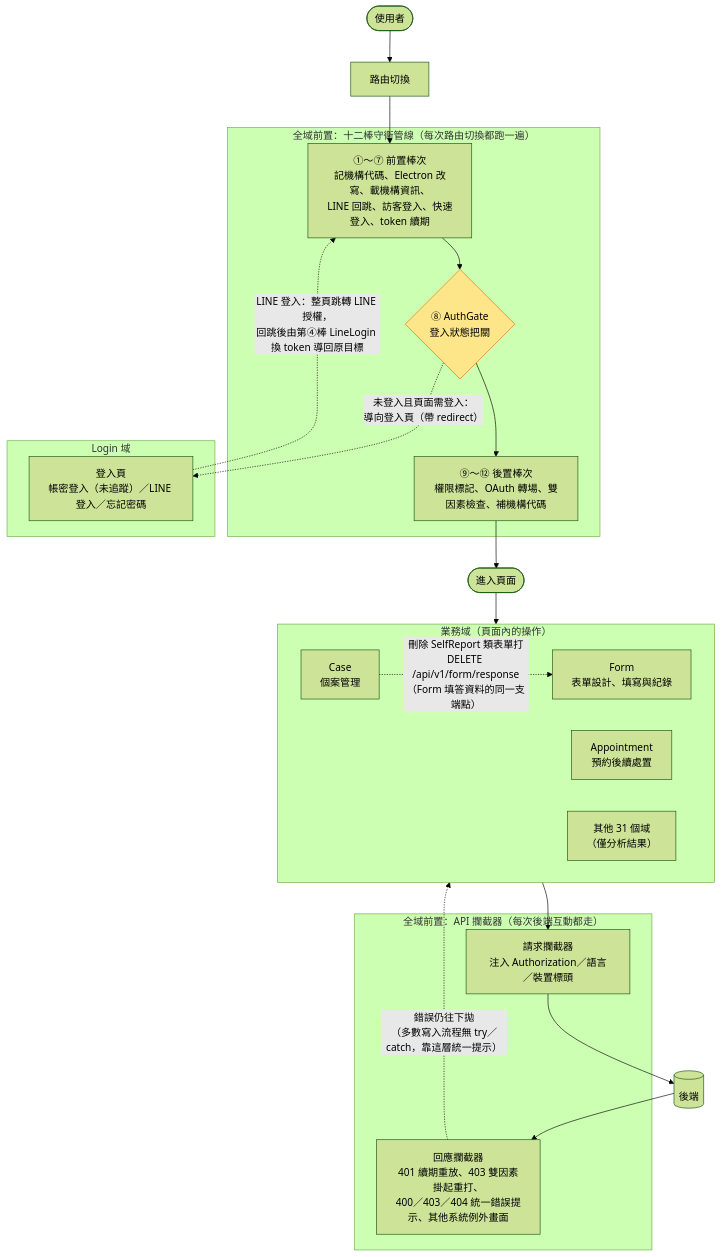
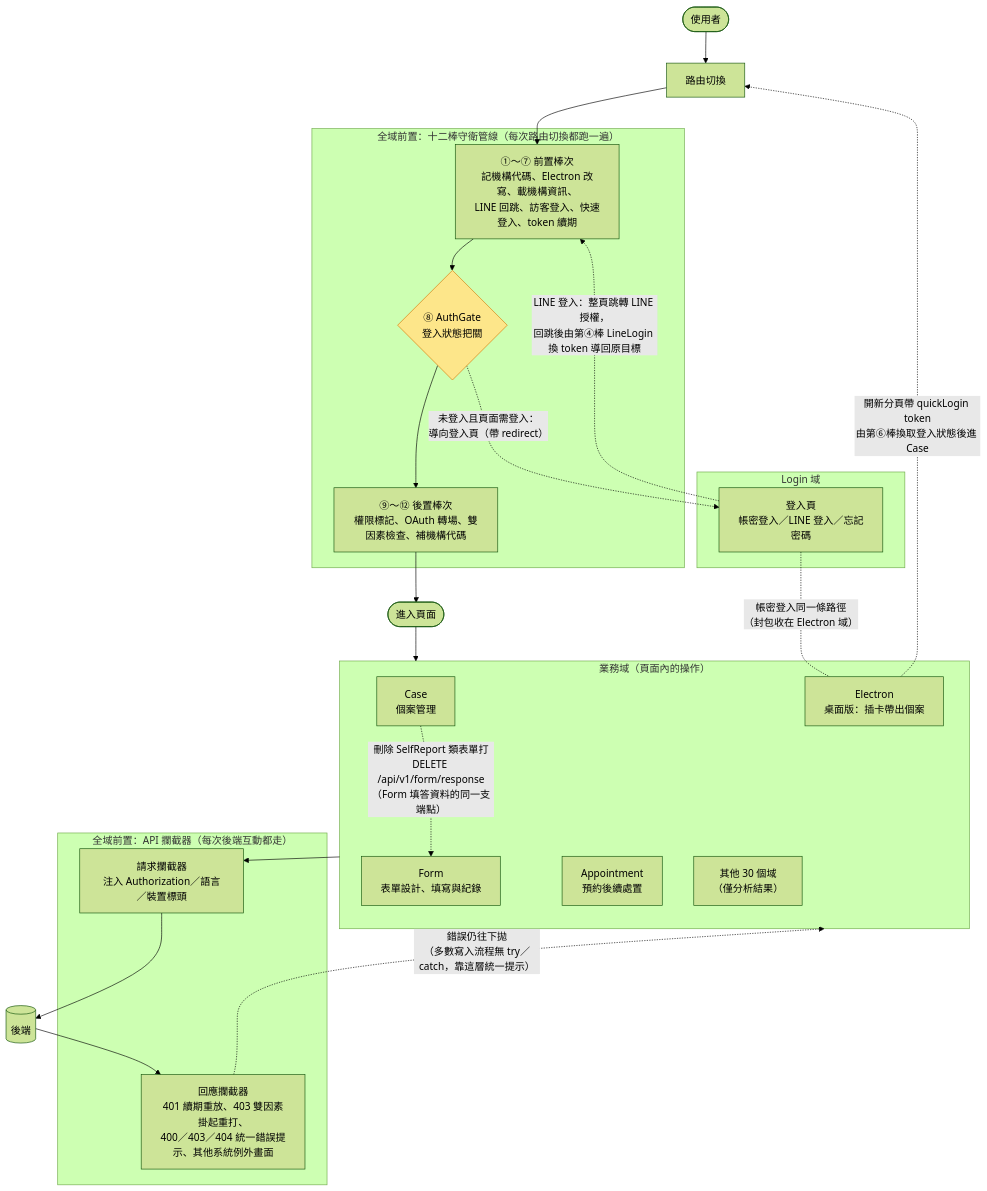
Before and after one commit to james-0512/flow-doc: the diagram in manuals/overviews/00-全站.md, drawn with Mermaid (forest theme). The commit also changed other lines of this file and 5 other files, not shown here.

````diff
--- a/manuals/overviews/00-全站.md
+++ b/manuals/overviews/00-全站.md
@@ -8,37 +8,40 @@
 ```mermaid
 flowchart TD
     U([使用者]) --> NAV["路由切換"]
 
     subgraph GUARDS ["全域前置：十二棒守衛管線（每次路由切換都跑一遍）"]
         GPRE["①～⑦ 前置棒次<br>記機構代碼、Electron 改寫、載機構資訊、<br>LINE 回跳、訪客登入、快速登入、token 續期"]
         GAUTH{"⑧ AuthGate<br>登入狀態把關"}
         GPOST["⑨～⑫ 後置棒次<br>權限標記、OAuth 轉場、雙因素檢查、補機構代碼"]
         GPRE --> GAUTH --> GPOST
     end
     NAV --> GPRE
     GPOST --> PAGE([進入頁面])
 
     GAUTH -.->|"未登入且頁面需登入：<br>導向登入頁（帶 redirect）"| LOGIN
     subgraph LDOM ["Login 域"]
-        LOGIN["登入頁<br>帳密登入（未追蹤）／LINE 登入／忘記密碼"]
+        LOGIN["登入頁<br>帳密登入／LINE 登入／忘記密碼"]
     end
     LOGIN -.->|"LINE 登入：整頁跳轉 LINE 授權，<br>回跳後由第④棒 LineLogin 換 token 導回原目標"| GPRE
 
     subgraph BIZ ["業務域（頁面內的操作）"]
         CASE["Case<br>個案管理"]
         FORM["Form<br>表單設計、填寫與紀錄"]
         APPT["Appointment<br>預約後續處置"]
-        REST["其他 31 個域<br>（僅分析結果）"]
+        ELEC["Electron<br>桌面版：插卡帶出個案"]
+        REST["其他 30 個域<br>（僅分析結果）"]
     end
     subgraph ICPT ["全域前置：API 攔截器（每次後端互動都走）"]
         REQ["請求攔截器<br>注入 Authorization／語言／裝置標頭"]
         RES["回應攔截器<br>401 續期重放、403 雙因素掛起重打、<br>400／403／404 統一錯誤提示、其他系統例外畫面"]
     end
     PAGE --> BIZ
     CASE -.->|"刪除 SelfReport 類表單打<br>DELETE /api/v1/form/response<br>（Form 填答資料的同一支端點）"| FORM
+    LOGIN -.-|"帳密登入同一條路徑<br>（封包收在 Electron 域）"| ELEC
+    ELEC -.->|"開新分頁帶 quickLogin token<br>由第⑥棒換取登入狀態後進 Case"| NAV
     BIZ --> REQ
     REQ --> SRV[(後端)] --> RES
     RES -.->|"錯誤仍往下拋<br>（多數寫入流程無 try／catch，靠這層統一提示）"| BIZ
 
     style GAUTH fill:#fde68a,stroke:#d97706
 ```
````
